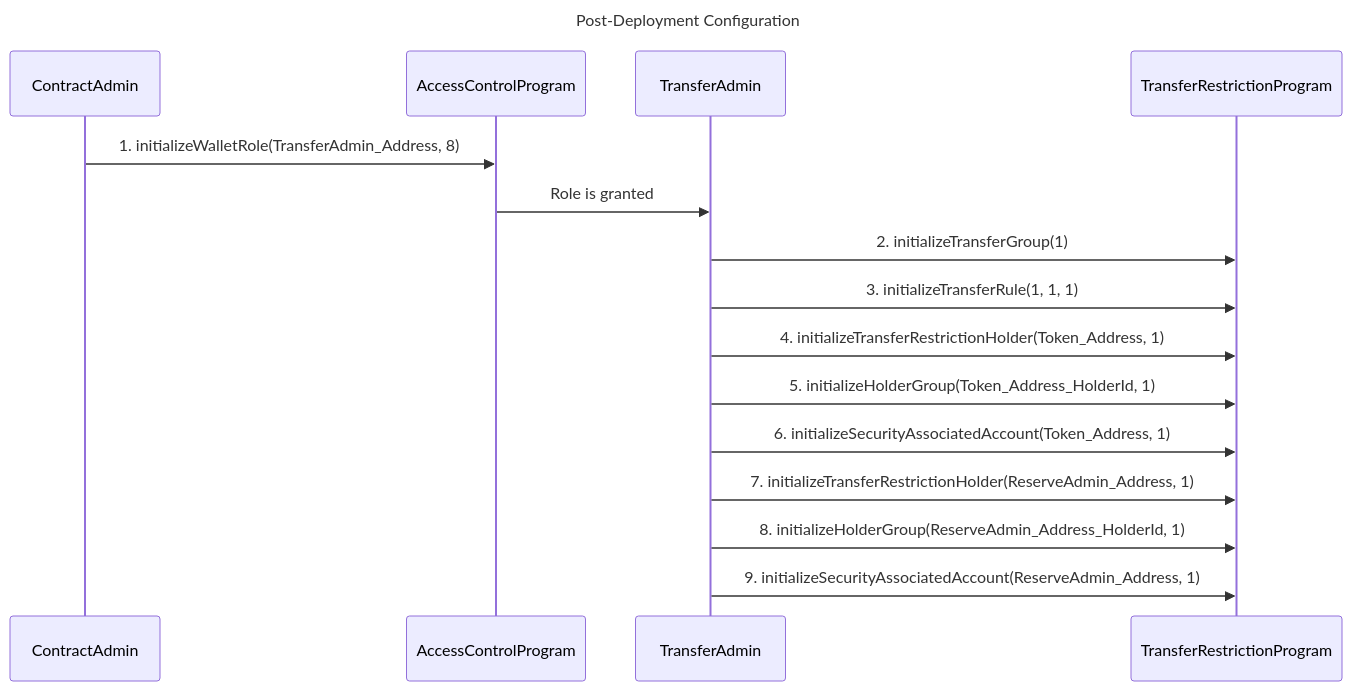
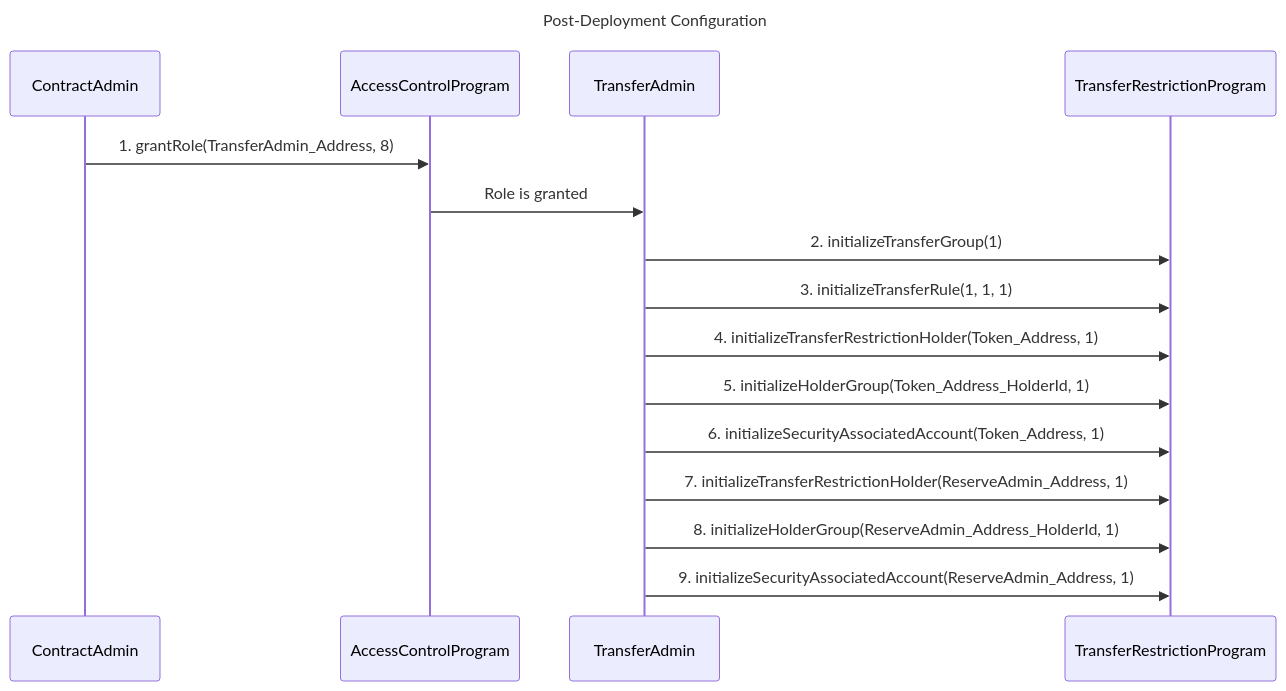
The fifth of 7 diagrams in README.md (upsideos/upsideos-solana-rwa), drawn with Mermaid before and after one commit. The commit also changed other lines of this file and 18 other files, not shown here.

````diff
--- a/README.md
+++ b/README.md
@@ -896,14 +988,14 @@
 ```mermaid
 sequenceDiagram
 Title: Post-Deployment Configuration
-  ContractAdmin->>AccessControlProgram: 1. initializeWalletRole(TransferAdmin_Address, 8)
+  ContractAdmin->>AccessControlProgram: 1. grantRole(TransferAdmin_Address, 8)
   AccessControlProgram->>TransferAdmin: Role is granted
   TransferAdmin->>TransferRestrictionProgram: 2. initializeTransferGroup(1)
   TransferAdmin->>TransferRestrictionProgram: 3. initializeTransferRule(1, 1, 1)
   TransferAdmin->>TransferRestrictionProgram: 4. initializeTransferRestrictionHolder(Token_Address, 1)
   TransferAdmin->>TransferRestrictionProgram: 5. initializeHolderGroup(Token_Address_HolderId, 1)
   TransferAdmin->>TransferRestrictionProgram: 6. initializeSecurityAssociatedAccount(Token_Address, 1)
   TransferAdmin->>TransferRestrictionProgram: 7. initializeTransferRestrictionHolder(ReserveAdmin_Address, 1)
   TransferAdmin->>TransferRestrictionProgram: 8. initializeHolderGroup(ReserveAdmin_Address_HolderId, 1)
   TransferAdmin->>TransferRestrictionProgram: 9. initializeSecurityAssociatedAccount(ReserveAdmin_Address, 1)
 ```
````
